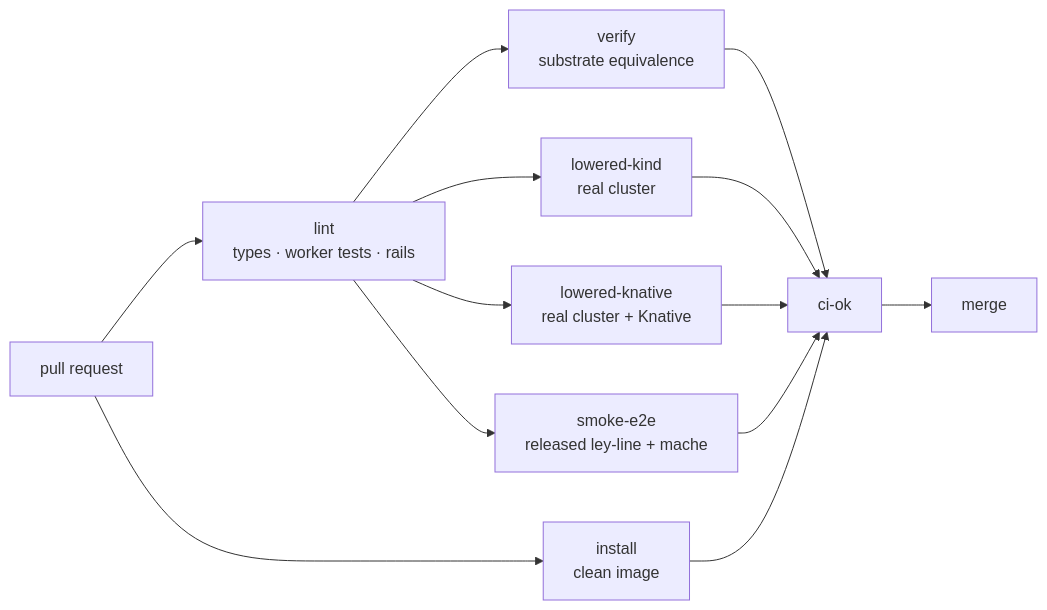
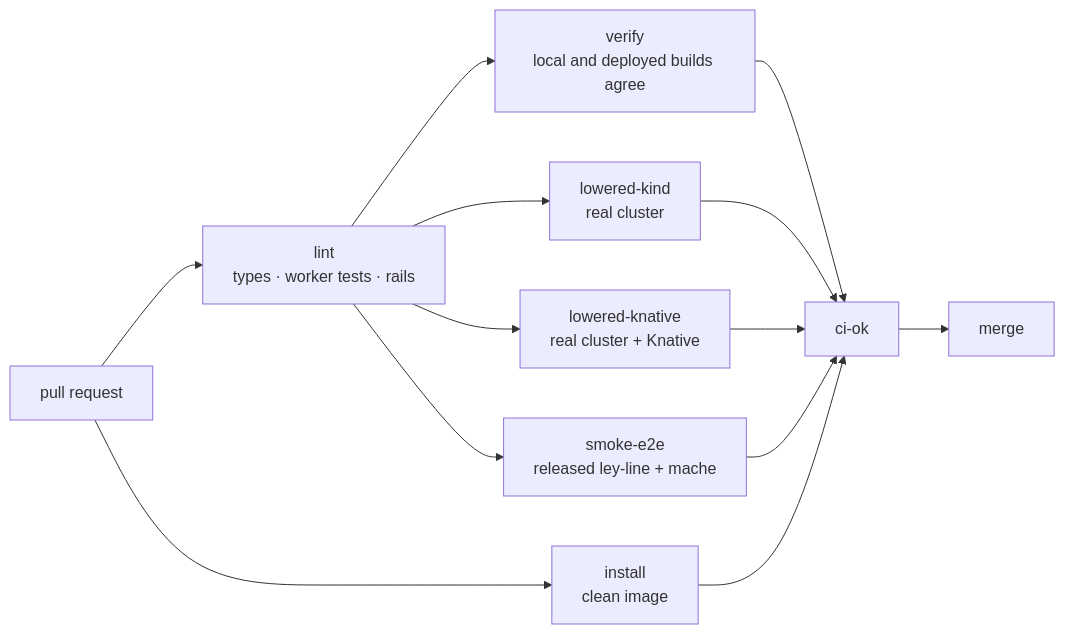
Diagram 16 of 16 in docs/ARCHITECTURE.md (agentic-research/cloister), drawn with Mermaid before and after one commit. The commit also changed other lines of this file, not shown here.

First line of the commit message:
[cloister-ca2582] docs(architecture): plain language, and the bead ids kept (#325)

````diff
--- a/docs/ARCHITECTURE.md
+++ b/docs/ARCHITECTURE.md
@@ -858,15 +871,15 @@
 ```mermaid
 graph LR
     PR["pull request"] --> LINT["lint<br/>types · worker tests · rails"]
-    LINT --> VERIFY["verify<br/>substrate equivalence"]
+    LINT --> VERIFY["verify<br/>local and deployed builds agree"]
     LINT --> KIND["lowered-kind<br/>real cluster"]
     LINT --> KN["lowered-knative<br/>real cluster + Knative"]
     LINT --> SMOKE["smoke-e2e<br/>released ley-line + mache"]
     PR --> IMG["install<br/>clean image"]
     VERIFY --> OK["ci-ok"]
     KIND --> OK
     KN --> OK
     SMOKE --> OK
     IMG --> OK
     OK --> MERGE["merge"]
 ```
````
